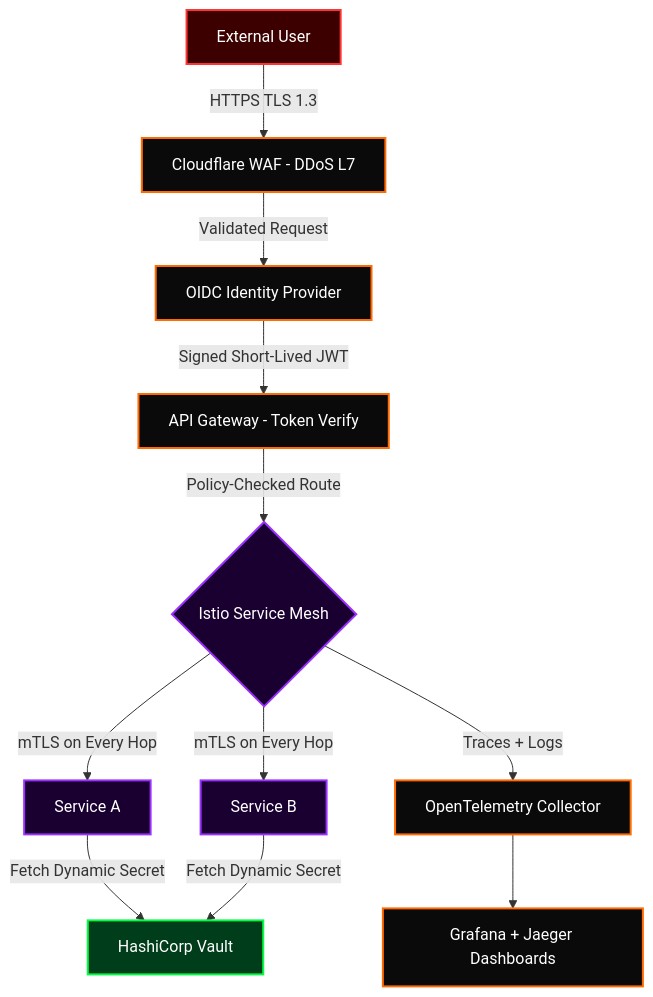
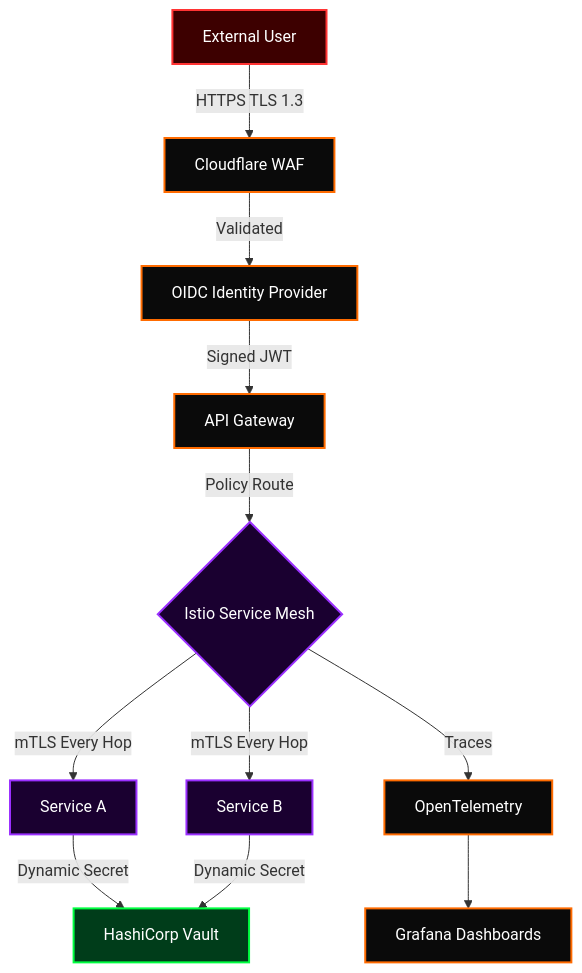
Before and after one commit to NewNexus001/newnexus001: the fourth of 25 diagrams in README.md, drawn with Mermaid. The commit also changed other lines of this file, not shown here.

````diff
--- a/README.md
+++ b/README.md
@@ -203,18 +171,18 @@
 ```mermaid
 graph TD
-    classDef external fill:#3d0000,stroke:#FF3333,stroke-width:2px,color:#fff
-    classDef edge fill:#0a0a0a,stroke:#FF6B00,stroke-width:2px,color:#fff
-    classDef internal fill:#1a0030,stroke:#9B30FF,stroke-width:2px,color:#fff
-    classDef vault fill:#003d1a,stroke:#00FF41,stroke-width:2px,color:#fff
+    classDef ext fill:#3d0000,stroke:#FF3333,stroke-width:2px,color:#fff
+    classDef edg fill:#0a0a0a,stroke:#FF6B00,stroke-width:2px,color:#fff
+    classDef int fill:#1a0030,stroke:#9B30FF,stroke-width:2px,color:#fff
+    classDef vlt fill:#003d1a,stroke:#00FF41,stroke-width:2px,color:#fff
 
-    USER["External User"]:::external -->|HTTPS TLS 1.3| WAF["Cloudflare WAF - DDoS L7"]:::edge
-    WAF -->|Validated Request| IDP["OIDC Identity Provider"]:::edge
-    IDP -->|Signed Short-Lived JWT| AP["API Gateway - Token Verify"]:::edge
-    AP -->|Policy-Checked Route| SM{"Istio Service Mesh"}:::internal
-    SM -->|mTLS on Every Hop| SVC_A["Service A"]:::internal
-    SM -->|mTLS on Every Hop| SVC_B["Service B"]:::internal
-    SVC_A -->|Fetch Dynamic Secret| VAULT["HashiCorp Vault"]:::vault
-    SVC_B -->|Fetch Dynamic Secret| VAULT
-    SM -->|Traces + Logs| OT["OpenTelemetry Collector"]:::edge
-    OT --> GF["Grafana + Jaeger Dashboards"]:::edge
+    USER["External User"]:::ext -->|HTTPS TLS 1.3| WAF["Cloudflare WAF"]:::edg
+    WAF -->|Validated| IDP["OIDC Identity Provider"]:::edg
+    IDP -->|Signed JWT| AP["API Gateway"]:::edg
+    AP -->|Policy Route| SM{"Istio Service Mesh"}:::int
+    SM -->|mTLS Every Hop| SVC_A["Service A"]:::int
+    SM -->|mTLS Every Hop| SVC_B["Service B"]:::int
+    SVC_A -->|Dynamic Secret| VAULT["HashiCorp Vault"]:::vlt
+    SVC_B -->|Dynamic Secret| VAULT
+    SM -->|Traces| OT["OpenTelemetry"]:::edg
+    OT --> GF["Grafana Dashboards"]:::edg
 ```
````
